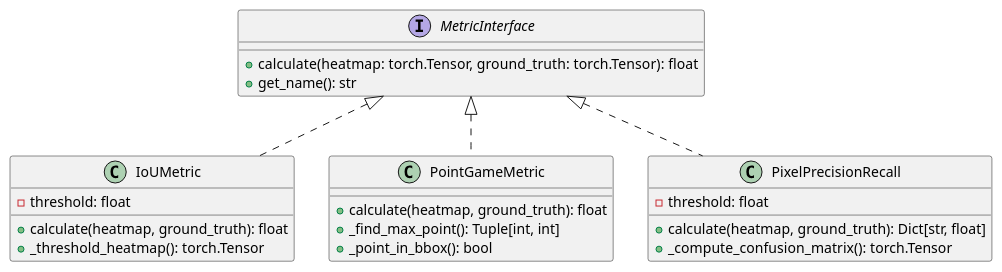
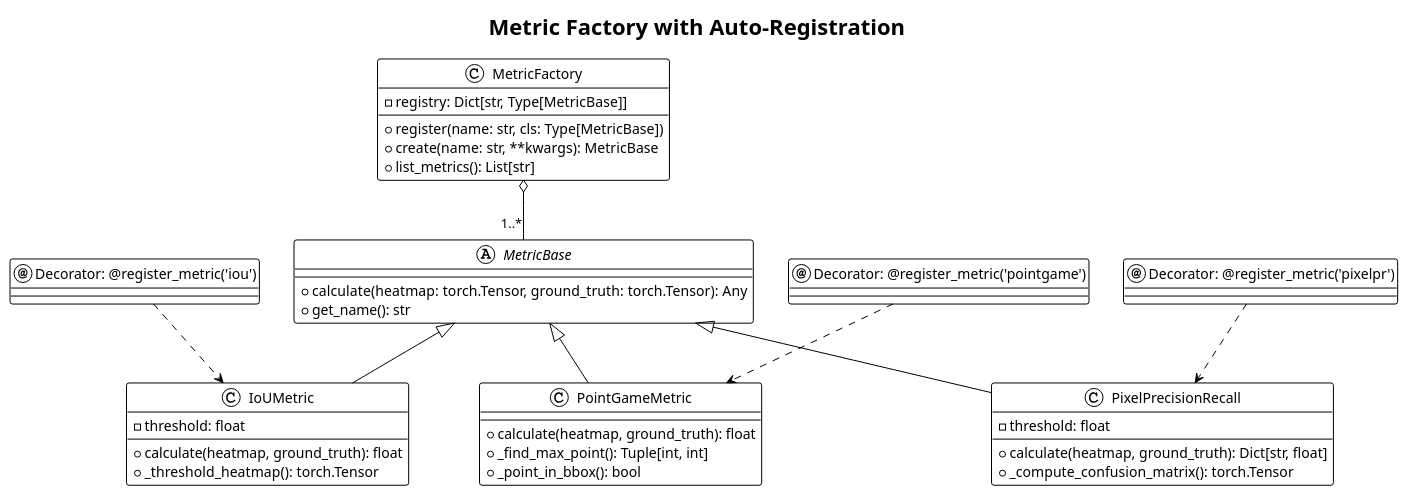
Before and after one commit to shum-panda/xai-eval-pipeline: the diagram in Documentation/evaluation/metric_model_classdiagramm.puml, drawn with PlantUML. The commit also changed 11 other files, not shown here.

Commit message:
add documentation diagramms

```diff
--- a/Documentation/evaluation/metric_model_classdiagramm.puml
+++ b/Documentation/evaluation/metric_model_classdiagramm.puml
@@ -1,28 +1,48 @@
 @startuml
-interface MetricInterface {
-    + calculate(heatmap: torch.Tensor, ground_truth: torch.Tensor): float
+!theme plain
+title Metric Factory with Auto-Registration
+
+abstract class MetricBase {
+    + calculate(heatmap: torch.Tensor, ground_truth: torch.Tensor): Any
     + get_name(): str
 }
 
 class IoUMetric {
     - threshold: float
     + calculate(heatmap, ground_truth): float
     + _threshold_heatmap(): torch.Tensor
 }
 
 class PointGameMetric {
     + calculate(heatmap, ground_truth): float
     + _find_max_point(): Tuple[int, int]
     + _point_in_bbox(): bool
 }
 
 class PixelPrecisionRecall {
     - threshold: float
     + calculate(heatmap, ground_truth): Dict[str, float]
     + _compute_confusion_matrix(): torch.Tensor
 }
 
-MetricInterface <|.. IoUMetric
-MetricInterface <|.. PointGameMetric
-MetricInterface <|.. PixelPrecisionRecall
+class MetricFactory {
+    - registry: Dict[str, Type[MetricBase]]
+    + register(name: str, cls: Type[MetricBase])
+    + create(name: str, **kwargs): MetricBase
+    + list_metrics(): List[str]
+}
+
+annotation "Decorator: @register_metric('iou')" as RegIoU
+annotation "Decorator: @register_metric('pointgame')" as RegPG
+annotation "Decorator: @register_metric('pixelpr')" as RegPR
+
+MetricBase <|-- IoUMetric
+MetricBase <|-- PointGameMetric
+MetricBase <|-- PixelPrecisionRecall
+MetricFactory o-- "1..*" MetricBase
+
+RegIoU ..> IoUMetric
+RegPG ..> PointGameMetric
+RegPR ..> PixelPrecisionRecall
+
 @enduml
```
